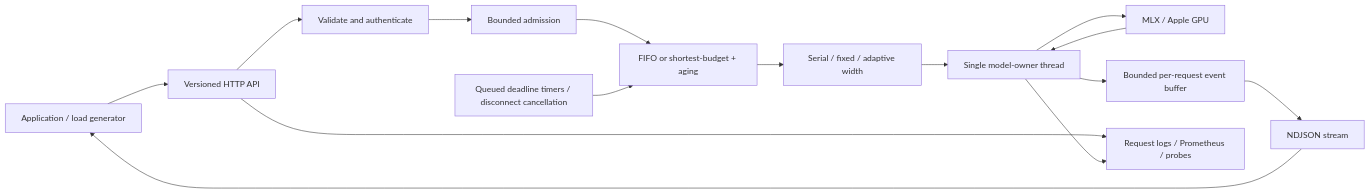
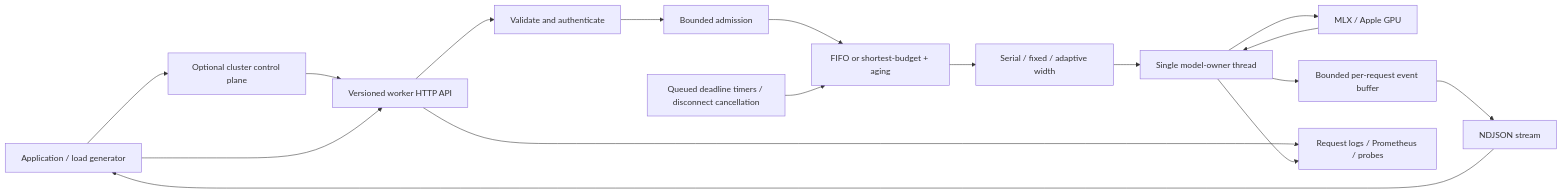
The diagram in ARCHITECTURE.md (Codingaditya17/tensorpilot), drawn with Mermaid before and after one commit. The commit also changed other lines of this file and 16 other files, not shown here.

Commit message:
Add supervised multi-worker control plane and routing

````diff
--- a/ARCHITECTURE.md
+++ b/ARCHITECTURE.md
@@ -3,17 +3,19 @@
 ```mermaid
 flowchart LR
-    App[Application / load generator] --> HTTP[Versioned HTTP API]
+    App[Application / load generator] --> Control[Optional cluster control plane]
+    Control --> HTTP[Versioned worker HTTP API]
+    App --> HTTP
     HTTP --> Validate[Validate and authenticate]
     Validate --> Admit[Bounded admission]
     Admit --> Queue[FIFO or shortest-budget + aging]
     Queue --> Width[Serial / fixed / adaptive width]
     Width --> Worker[Single model-owner thread]
     Worker --> MLX[MLX / Apple GPU]
     MLX --> Worker
     Worker --> Buffer[Bounded per-request event buffer]
     Buffer --> Stream[NDJSON stream]
     Stream --> App
     Deadline[Queued deadline timers / disconnect cancellation] --> Queue
     HTTP --> Ops[Request logs / Prometheus / probes]
     Worker --> Ops
 ```
````
